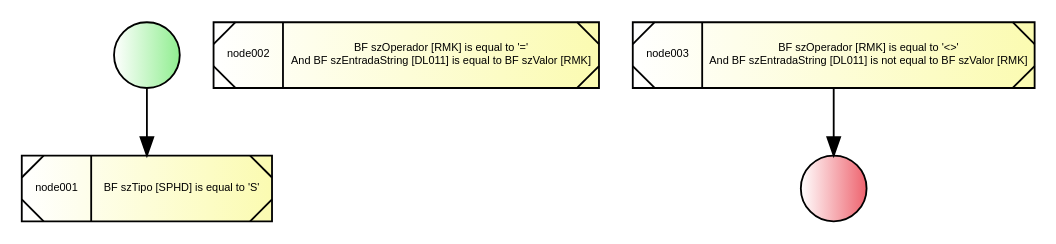
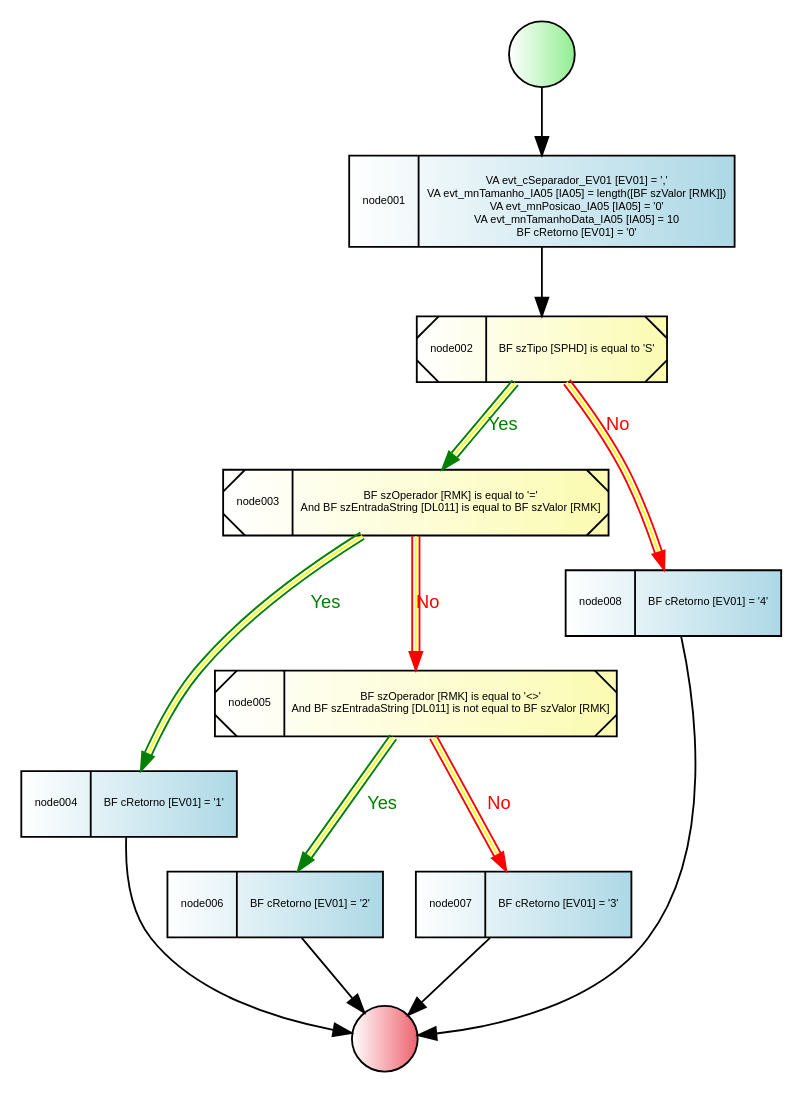
Before and after one commit to GiovaniPM/JDEDocCode: the diagram in gio.gv, drawn with Graphviz. The commit also changed 2 other files, not shown here.

```diff
--- a/gio.gv
+++ b/gio.gv
@@ -1,41 +1,91 @@
 digraph R {
-    nodeini [
+    node000 [
             shape=circle,
             style="filled",
             fillcolor="white:lightgreen",
             label=""
             ]
     node001 [
             fontname="Arial",
             fontsize=6,
             shape=record,
-            style="diagonals,filled",
-            fillcolor="white:#fbfbb1"
-            label="node001|{BF szTipo [SPHD] is equal to 'S'}"
+            style="filled",
+            fillcolor="white:lightblue"
+            label="node001|{\nVA evt_cSeparador_EV01 [EV01] = ','\nVA evt_mnTamanho_IA05 [IA05] = length([BF szValor [RMK]])\nVA evt_mnPosicao_IA05 [IA05] = '0'\nVA evt_mnTamanhoData_IA05 [IA05] = 10\nBF cRetorno [EV01] = '0'}"
             ]
     node002 [
             fontname="Arial",
             fontsize=6,
             shape=record,
             style="diagonals,filled",
             fillcolor="white:#fbfbb1"
-            label="node002|{BF szOperador [RMK] is equal to '='\nAnd BF szEntradaString [DL011] is equal to BF szValor [RMK]}"
+            label="node002|{BF szTipo [SPHD] is equal to 'S'}"
             ]
     node003 [
             fontname="Arial",
             fontsize=6,
             shape=record,
             style="diagonals,filled",
             fillcolor="white:#fbfbb1"
-            label="node003|{BF szOperador [RMK] is equal to '\<\>'\nAnd BF szEntradaString [DL011] is not equal to BF szValor [RMK]}"
+            label="node003|{BF szOperador [RMK] is equal to '='\nAnd BF szEntradaString [DL011] is equal to BF szValor [RMK]}"
             ]
-    nodefin [
+    node004 [
+            fontname="Arial",
+            fontsize=6,
+            shape=record,
+            style="filled",
+            fillcolor="white:lightblue"
+            label="node004|{BF cRetorno [EV01] = '1'}"
+            ]
+    node005 [
+            fontname="Arial",
+            fontsize=6,
+            shape=record,
+            style="diagonals,filled",
+            fillcolor="white:#fbfbb1"
+            label="node005|{BF szOperador [RMK] is equal to '\<\>'\nAnd BF szEntradaString [DL011] is not equal to BF szValor [RMK]}"
+            ]
+    node006 [
+            fontname="Arial",
+            fontsize=6,
+            shape=record,
+            style="filled",
+            fillcolor="white:lightblue"
+            label="node006|{BF cRetorno [EV01] = '2'}"
+            ]
+    node007 [
+            fontname="Arial",
+            fontsize=6,
+            shape=record,
+            style="filled",
+            fillcolor="white:lightblue"
+            label="node007|{BF cRetorno [EV01] = '3'}"
+            ]
+    node008 [
+            fontname="Arial",
+            fontsize=6,
+            shape=record,
+            style="filled",
+            fillcolor="white:lightblue"
+            label="node008|{BF cRetorno [EV01] = '4'}"
+            ]
+    node999 [
             shape=circle,
             style="filled",
             fillcolor="white:#ee636e",
             label=""
             ]
 
-    nodeini -> node001
-    node003 -> nodefin
+    node007 -> node999
+    node006 -> node999
+    node005 -> node007 [fontname = "Arial", fontsize = 10, fontcolor="red", color="red:yellow:red", label="No"]
+    node005 -> node006 [fontname = "Arial", fontsize = 10, fontcolor="green", color="green:yellow:green", label="Yes"]
+    node004 -> node999
+    node003 -> node005 [fontname = "Arial", fontsize = 10, fontcolor="red", color="red:yellow:red", label="No"]
+    node003 -> node004 [fontname = "Arial", fontsize = 10, fontcolor="green", color="green:yellow:green", label="Yes"]
+    node002 -> node008 [fontname = "Arial", fontsize = 10, fontcolor="red", color="red:yellow:red", label="No"]
+    node002 -> node003 [fontname = "Arial", fontsize = 10, fontcolor="green", color="green:yellow:green", label="Yes"]
+    node001 -> node002
+    node008 -> node999
+    node000 -> node001
 }
```
